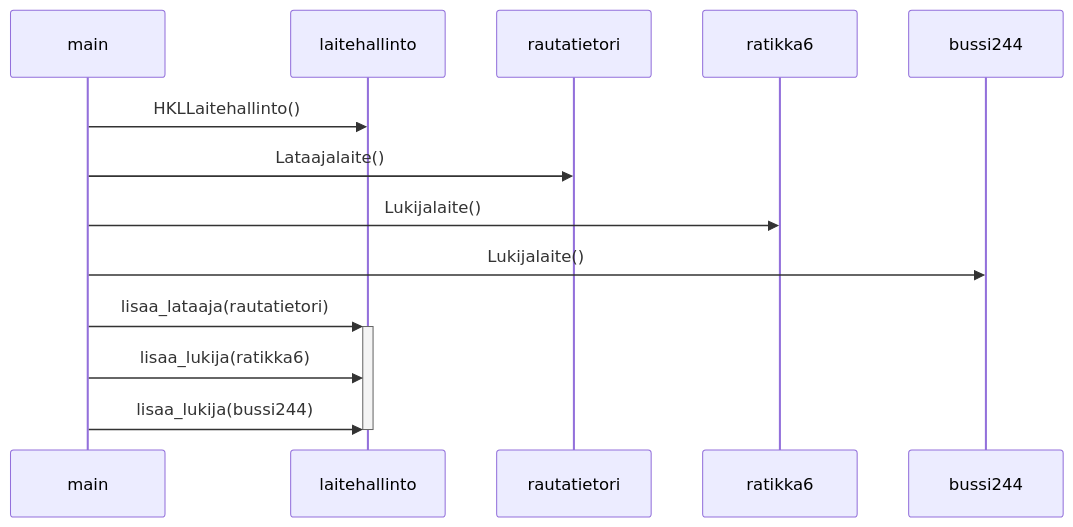
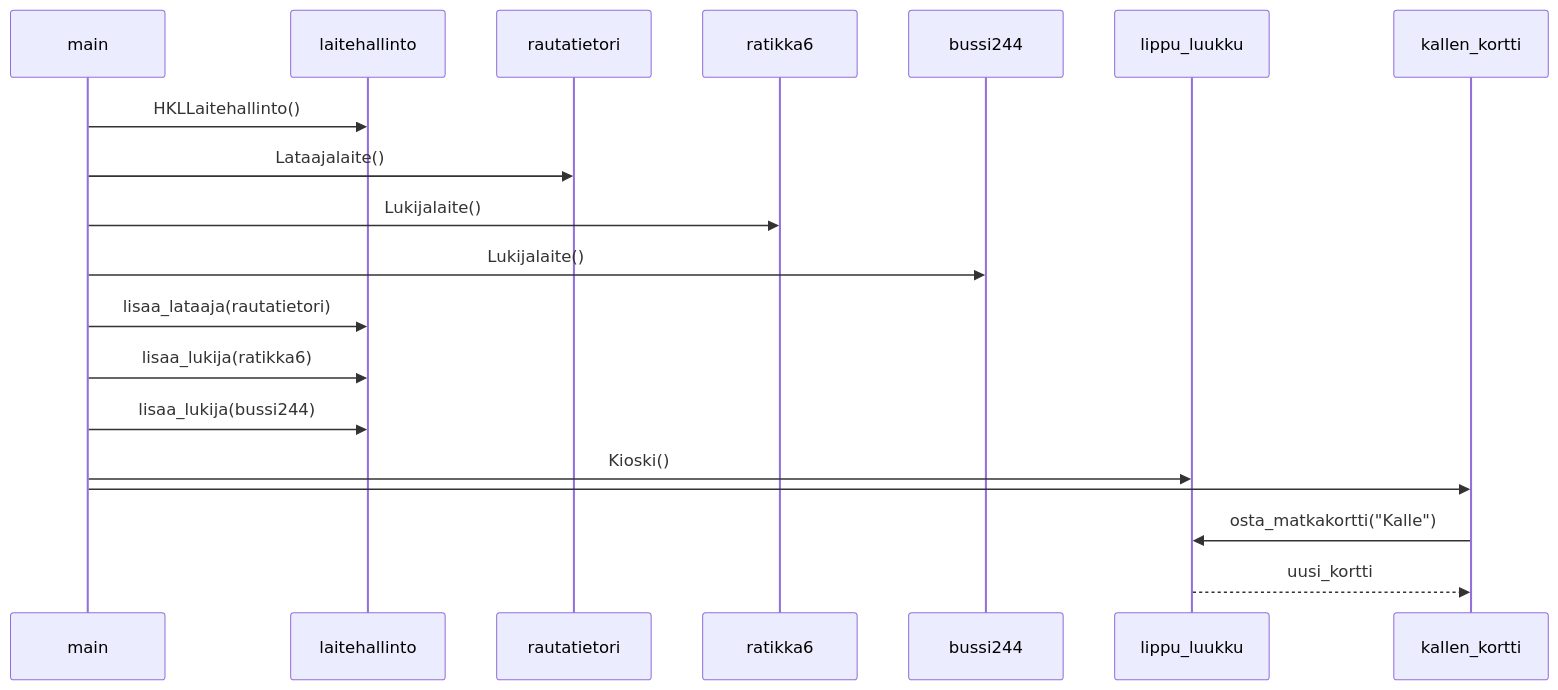
Before and after one commit to lenbie/Expense-Tracker-Project: the diagram in laskarit/viikko3/task4.md, drawn with Mermaid.

````diff
--- a/laskarit/viikko3/task4.md
+++ b/laskarit/viikko3/task4.md
@@ -1,11 +1,15 @@
 ```mermaid
   sequenceDiagram
   main->>laitehallinto: HKLLaitehallinto()
   main->>rautatietori: Lataajalaite()
   main->>ratikka6: Lukijalaite()
   main->>bussi244: Lukijalaite()
-  main->>+laitehallinto: lisaa_lataaja(rautatietori)
+  main->>laitehallinto: lisaa_lataaja(rautatietori)
   main->>laitehallinto: lisaa_lukija(ratikka6)
   main->>laitehallinto: lisaa_lukija(bussi244)
-  deactivate laitehallinto
+  main->>lippu_luukku: Kioski()
+  main->>kallen_kortti:
+  kallen_kortti->>lippu_luukku: osta_matkakortti("Kalle")
+  lippu_luukku-->>kallen_kortti: uusi_kortti
+  
 ```
````
